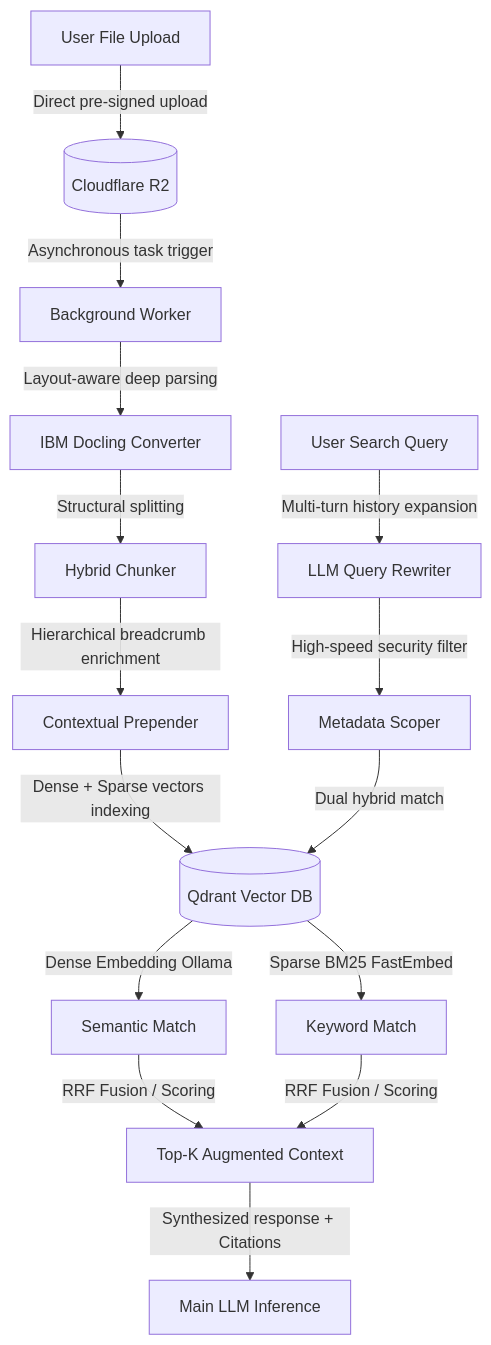
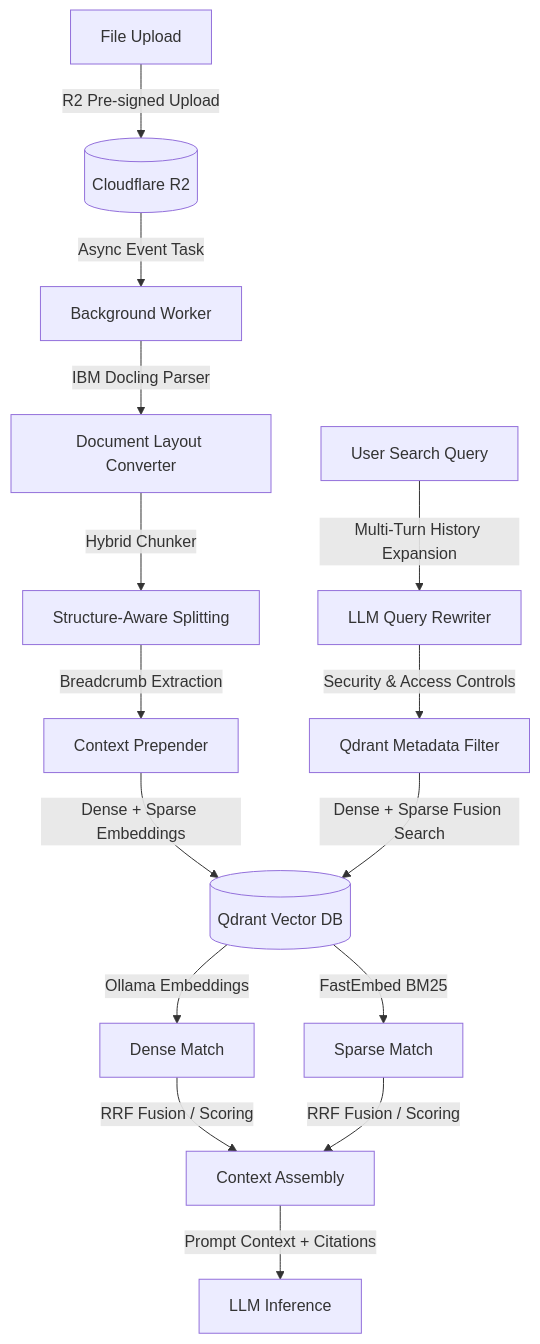
One commit to kayesFerdous/LearnSync changed the diagram in README.md. Above: the diagram before and after it, drawn with Mermaid. The commit also changed other lines of this file and 1 other file, not shown here.

````diff
--- a/README.md
+++ b/README.md
@@ -38,17 +50,17 @@
 ```mermaid
 graph TD
-    A[User File Upload] -->|Direct pre-signed upload| B[(Cloudflare R2)]
-    B -->|Asynchronous task trigger| C[Background Worker]
-    C -->|Layout-aware deep parsing| D[IBM Docling Converter]
-    D -->|Structural splitting| E[Hybrid Chunker]
-    E -->|Hierarchical breadcrumb enrichment| F[Contextual Prepender]
-    F -->|Dense + Sparse vectors indexing| G[(Qdrant Vector DB)]
+    A[File Upload] -->|R2 Pre-signed Upload| B[(Cloudflare R2)]
+    B -->|Async Event Task| C[Background Worker]
+    C -->|IBM Docling Parser| D[Document Layout Converter]
+    D -->|Hybrid Chunker| E[Structure-Aware Splitting]
+    E -->|Breadcrumb Extraction| F[Context Prepender]
+    F -->|Dense + Sparse Embeddings| G[(Qdrant Vector DB)]
     
-    H[User Search Query] -->|Multi-turn history expansion| I[LLM Query Rewriter]
-    I -->|High-speed security filter| J[Metadata Scoper]
-    J -->|Dual hybrid match| G
-    G -->|Dense Embedding Ollama| K[Semantic Match]
-    G -->|Sparse BM25 FastEmbed| L[Keyword Match]
-    K & L -->|RRF Fusion / Scoring| M[Top-K Augmented Context]
-    M -->|Synthesized response + Citations| N[Main LLM Inference]
+    H[User Search Query] -->|Multi-Turn History Expansion| I[LLM Query Rewriter]
+    I -->|Security & Access Controls| J[Qdrant Metadata Filter]
+    J -->|Dense + Sparse Fusion Search| G
+    G -->|Ollama Embeddings| K[Dense Match]
+    G -->|FastEmbed BM25| L[Sparse Match]
+    K & L -->|RRF Fusion / Scoring| M[Context Assembly]
+    M -->|Prompt Context + Citations| N[LLM Inference]
 ```
````
